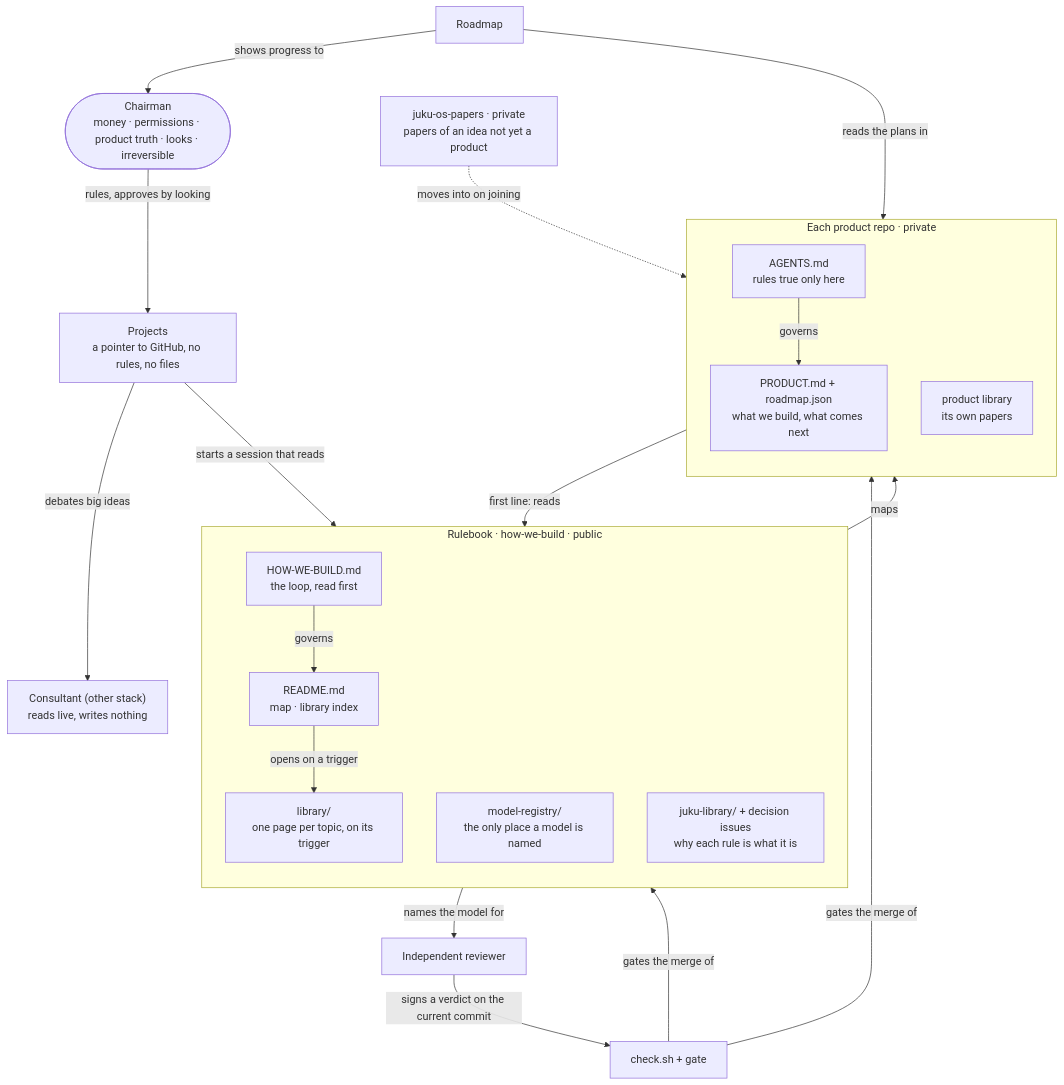
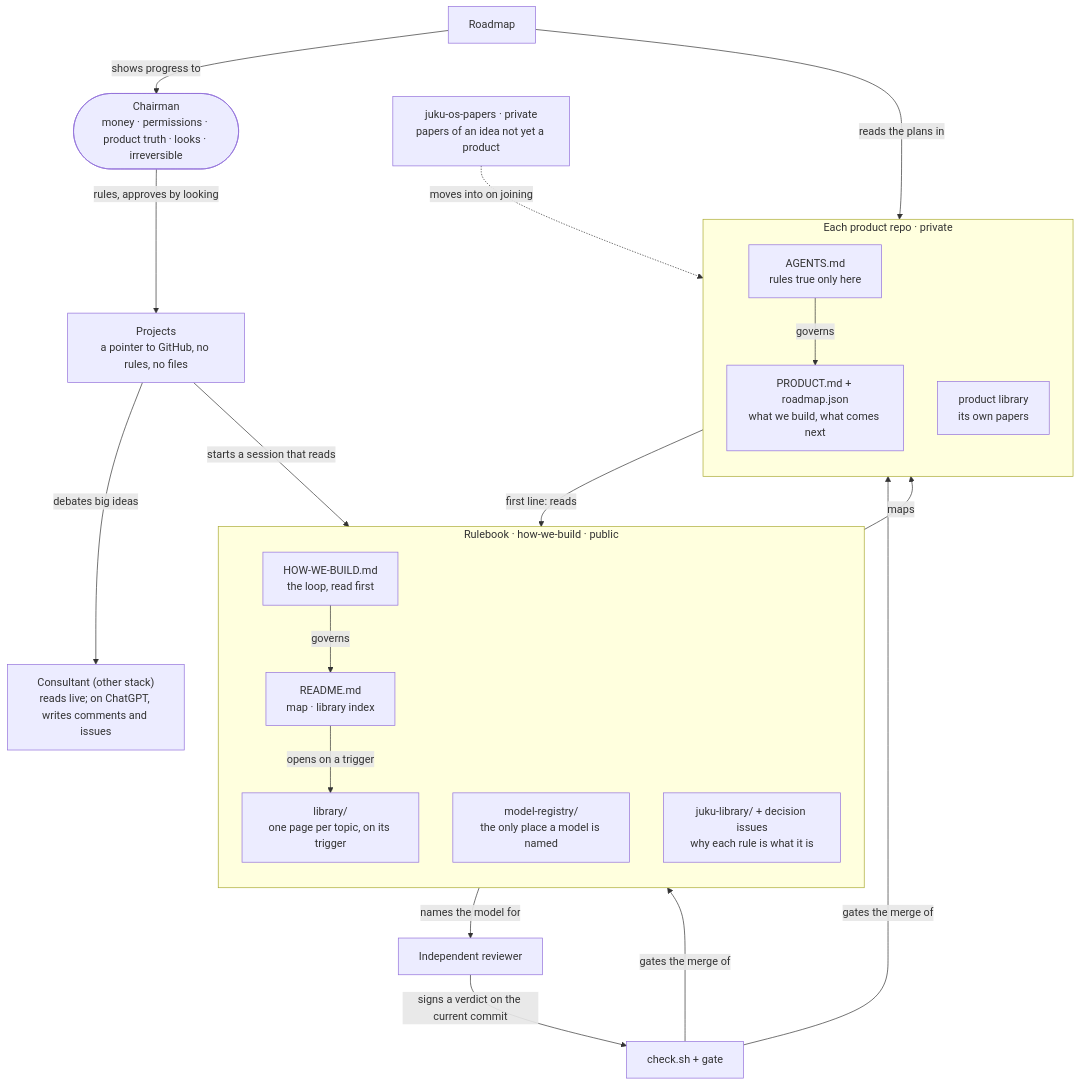
One commit to Adonis80/how-we-build changed the diagram in library/system-map.md. Above: the diagram before and after it, drawn with Mermaid. The commit also changed 3 other files, not shown here.

First line of the commit message:
The consultant writes comments and proposals, asked in its own chat (his rulings, 4 Nov; successor of #331) (P3) (#335)

````diff
--- a/library/system-map.md
+++ b/library/system-map.md
@@ -7,39 +7,39 @@
 ```mermaid
 flowchart TB
   CH(["Chairman<br/>money · permissions · product truth · looks · irreversible"])
   PJ["Projects<br/>a pointer to GitHub, no rules, no files"]
-  CO["Consultant (other stack)<br/>reads live, writes nothing"]
+  CO["Consultant (other stack)<br/>reads live; on ChatGPT, writes comments and issues"]
   subgraph RB["Rulebook · how-we-build · public"]
     direction TB
     HWB["HOW-WE-BUILD.md<br/>the loop, read first"]
     RD["README.md<br/>map · library index"]
     LIB["library/<br/>one page per topic, on its trigger"]
     REG["model-registry/<br/>the only place a model is named"]
     JL["juku-library/ + decision issues<br/>why each rule is what it is"]
   end
   subgraph PR["Each product repo · private"]
     direction TB
     AG["AGENTS.md<br/>rules true only here"]
     PD["PRODUCT.md + roadmap.json<br/>what we build, what comes next"]
     PL["product library<br/>its own papers"]
   end
   PP["juku-os-papers · private<br/>papers of an idea not yet a product"]
   RV["Independent reviewer"]
   GT["check.sh + gate"]
   BD["Roadmap"]
   CH -- "rules, approves by looking" --> PJ
   PJ -- "debates big ideas" --> CO
   PJ -- "starts a session that reads" --> HWB
   HWB -- "governs" --> RD
   RD -- "opens on a trigger" --> LIB
   RD -- "maps" --> AG
   AG -- "first line: reads" --> HWB
   AG -- "governs" --> PD
   REG -- "names the model for" --> RV
   RV -- "signs a verdict on the current commit" --> GT
   GT -- "gates the merge of" --> PD
   GT -- "gates the merge of" --> RB
   BD -- "reads the plans in" --> PD
   BD -- "shows progress to" --> CH
   PP -. "moves into on joining" .-> PL
 ```
````
